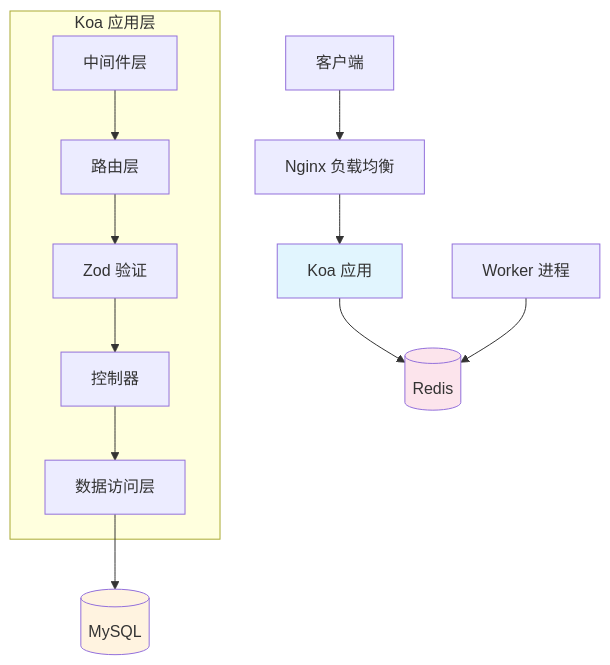
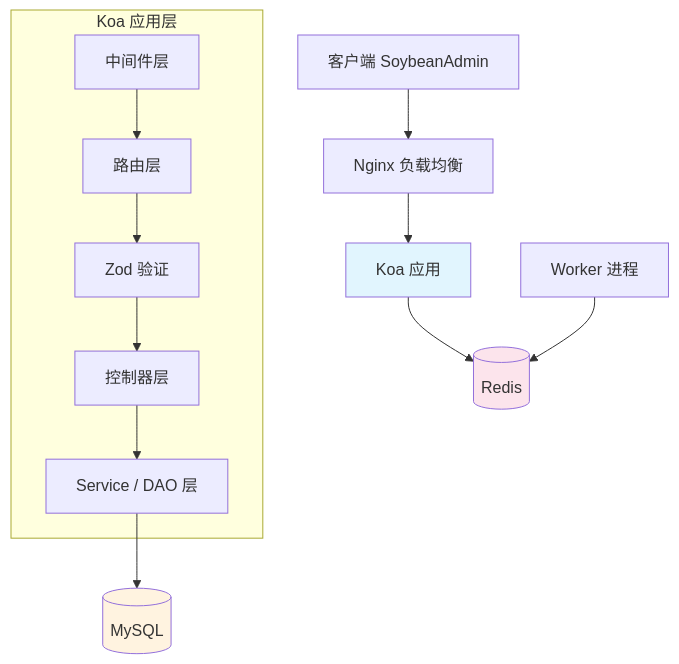
Before and after one commit to sincely/fullstack-app: the first of 6 diagrams in server/docs/ARCHITECTURE.md, drawn with Mermaid. The commit also changed other lines of this file and 16 other files, not shown here.

````diff
--- a/server/docs/ARCHITECTURE.md
+++ b/server/docs/ARCHITECTURE.md
@@ -69,20 +114,20 @@
 ```mermaid
 graph TD
-    Client[客户端] --> Nginx[Nginx 负载均衡]
+    Client[客户端 SoybeanAdmin] --> Nginx[Nginx 负载均衡]
     Nginx --> App[Koa 应用]
 
     subgraph "Koa 应用层"
         MW[中间件层] --> Router[路由层]
         Router --> Valid[Zod 验证]
-        Valid --> Ctrl[控制器]
-        Ctrl --> DAO[数据访问层]
+        Valid --> Ctrl[控制器层]
+        Ctrl --> Service[Service / DAO 层]
     end
 
-    DAO --> DB[(MySQL)]
+    Service --> DB[(MySQL)]
     App --> Redis[(Redis)]
     Worker[Worker 进程] --> Redis
 
     style App fill:#e1f5fe
     style DB fill:#fff3e0
     style Redis fill:#fce4ec
 ```
````
